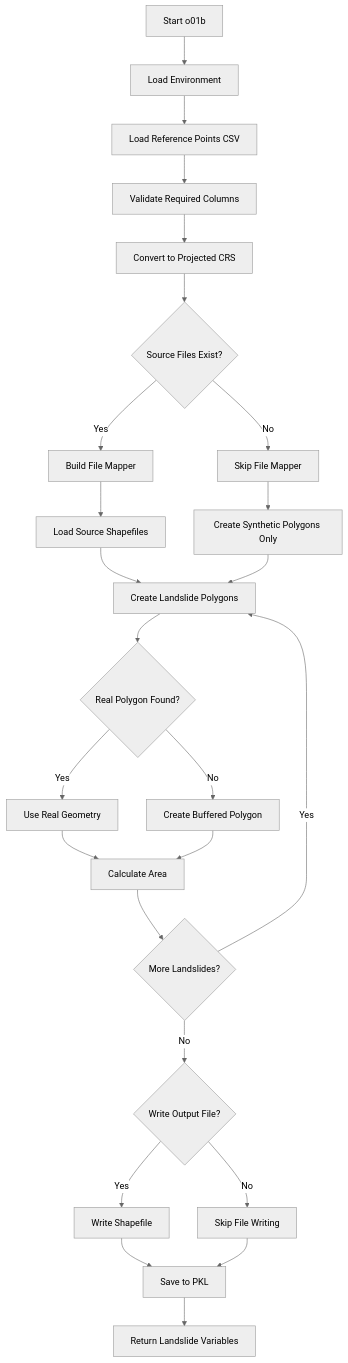
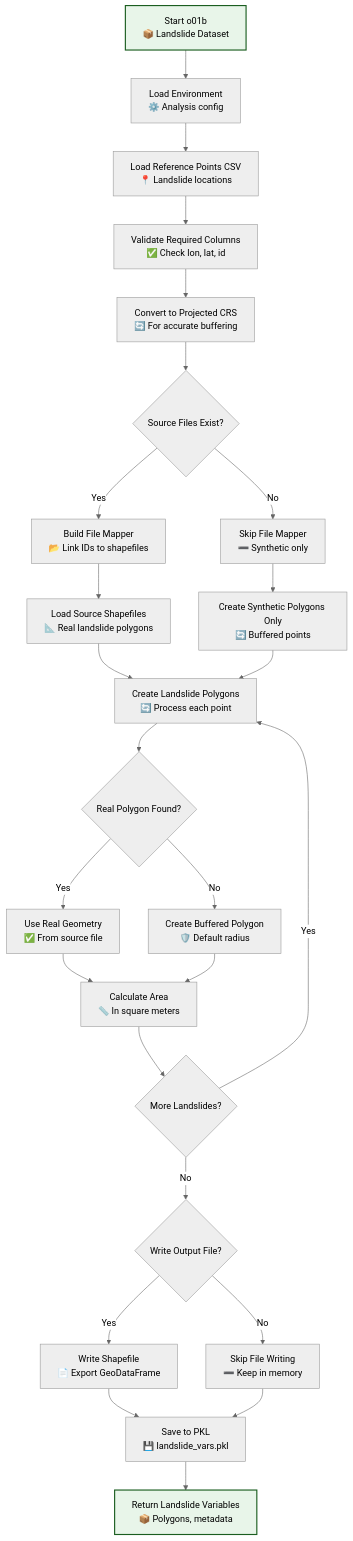
One commit to sasa-misia/P-SLIP changed the diagram in docs/scripts/optional/o01b_landslides_dataset.md. Above: the diagram before and after it, drawn with Mermaid (neutral theme). The commit also changed 15 other files, not shown here.

Commit message:
docs: enhance documentation with detailed flowcharts and improve clarity in process descriptions

````diff
--- a/docs/scripts/optional/o01b_landslides_dataset.md
+++ b/docs/scripts/optional/o01b_landslides_dataset.md
@@ -165,27 +165,32 @@
 ```mermaid
 graph TD
-    A[Start o01b] --> B[Load Environment]
-    B --> C[Load Reference Points CSV]
-    C --> D[Validate Required Columns]
-    D --> E[Convert to Projected CRS]
+    %% Landslide Dataset Generation Flow
+    A["Start o01b<br/>📦 Landslide Dataset"] --> B["Load Environment<br/>⚙️ Analysis config"]
+    B --> C["Load Reference Points CSV<br/>📍 Landslide locations"]
+    C --> D["Validate Required Columns<br/>✅ Check lon, lat, id"]
+    D --> E["Convert to Projected CRS<br/>🔄 For accurate buffering"]
     E --> F{Source Files Exist?}
-    F -->|Yes| G[Build File Mapper]
-    F -->|No| H[Skip File Mapper]
-    G --> I[Load Source Shapefiles]
-    H --> J[Create Synthetic Polygons Only]
-    I --> K[Create Landslide Polygons]
+    F -->|Yes| G["Build File Mapper<br/>📂 Link IDs to shapefiles"]
+    F -->|No| H["Skip File Mapper<br/>➖ Synthetic only"]
+    G --> I["Load Source Shapefiles<br/>📐 Real landslide polygons"]
+    H --> J["Create Synthetic Polygons Only<br/>🔄 Buffered points"]
+    I --> K["Create Landslide Polygons<br/>🔄 Process each point"]
     J --> K
     K --> L{Real Polygon Found?}
-    L -->|Yes| M[Use Real Geometry]
-    L -->|No| N[Create Buffered Polygon]
-    M --> O[Calculate Area]
+    L -->|Yes| M["Use Real Geometry<br/>✅ From source file"]
+    L -->|No| N["Create Buffered Polygon<br/>🛡️ Default radius"]
+    M --> O["Calculate Area<br/>📏 In square meters"]
     N --> O
     O --> P{More Landslides?}
     P -->|Yes| K
     P -->|No| Q{Write Output File?}
-    Q -->|Yes| R[Write Shapefile]
-    Q -->|No| S[Skip File Writing]
-    R --> T[Save to PKL]
+    Q -->|Yes| R["Write Shapefile<br/>📄 Export GeoDataFrame"]
+    Q -->|No| S["Skip File Writing<br/>➖ Keep in memory"]
+    R --> T["Save to PKL<br/>💾 landslide_vars.pkl"]
     S --> T
-    T --> U[Return Landslide Variables]
+    T --> U["Return Landslide Variables<br/>📦 Polygons, metadata"]
+    
+    %% Styling
+    style A fill:#e8f5e9,stroke:#1b5e20,stroke-width:2px
+    style U fill:#e8f5e9,stroke:#1b5e20,stroke-width:2px
 ```
````
